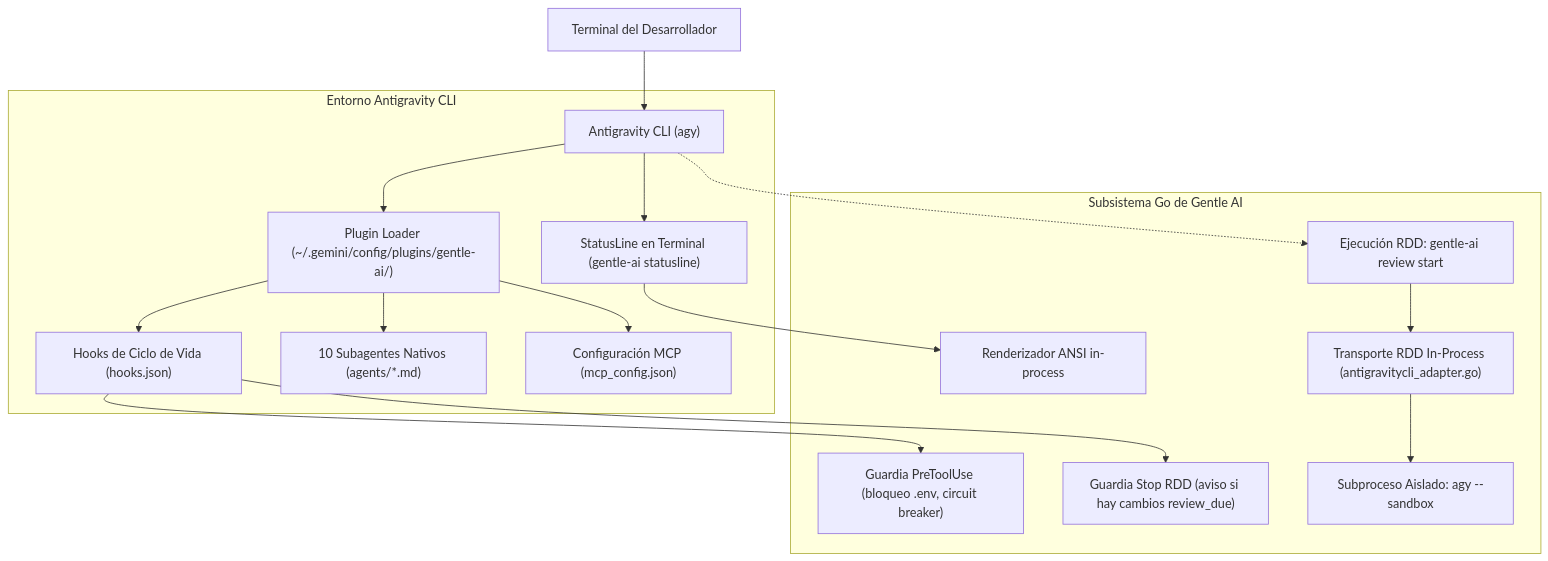
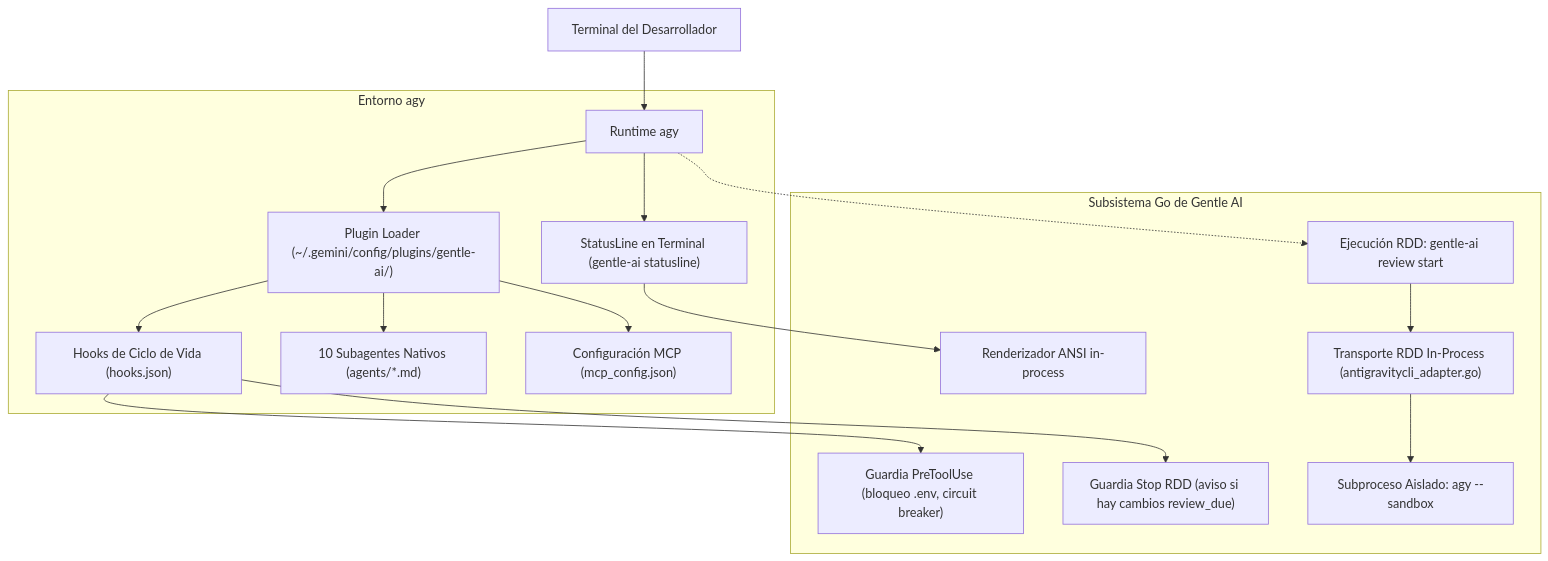
One commit to ariasbruno/gentle-ai changed the diagram in docs/antigravity-cli/propuesta-upstream.md. Above: the diagram before and after it, drawn with Mermaid. The commit also changed other lines of this file and 15 other files, not shown here.

Commit message:
docs(antigravitycli): align agy and antigravity terminology

````diff
--- a/docs/antigravity-cli/propuesta-upstream.md
+++ b/docs/antigravity-cli/propuesta-upstream.md
@@ -44,21 +44,21 @@
 ```mermaid
 graph TD
-    User["Terminal del Desarrollador"] --> AGY["Antigravity CLI (agy)"]
+    User["Terminal del Desarrollador"] --> AGY["Runtime agy"]
     
-    subgraph Runtime_AGY ["Entorno Antigravity CLI"]
+    subgraph Runtime_AGY ["Entorno agy"]
         AGY --> Plugins["Plugin Loader (~/.gemini/config/plugins/gentle-ai/)"]
         Plugins --> Hooks["Hooks de Ciclo de Vida (hooks.json)"]
         Plugins --> Agents["10 Subagentes Nativos (agents/*.md)"]
         Plugins --> MCP["Configuración MCP (mcp_config.json)"]
         AGY --> Status["StatusLine en Terminal (gentle-ai statusline)"]
     end
     
     subgraph Motor_Go ["Subsistema Go de Gentle AI"]
         Hooks --> PreTool["Guardia PreToolUse (bloqueo .env, circuit breaker)"]
         Hooks --> StopHook["Guardia Stop RDD (aviso si hay cambios review_due)"]
         Status --> Render["Renderizador ANSI in-process"]
         AGY -.-> RDD["Ejecución RDD: gentle-ai review start"]
         RDD --> Trans["Transporte RDD In-Process (antigravitycli_adapter.go)"]
         Trans --> Sandbox["Subproceso Aislado: agy --sandbox"]
     end
 ```
````
